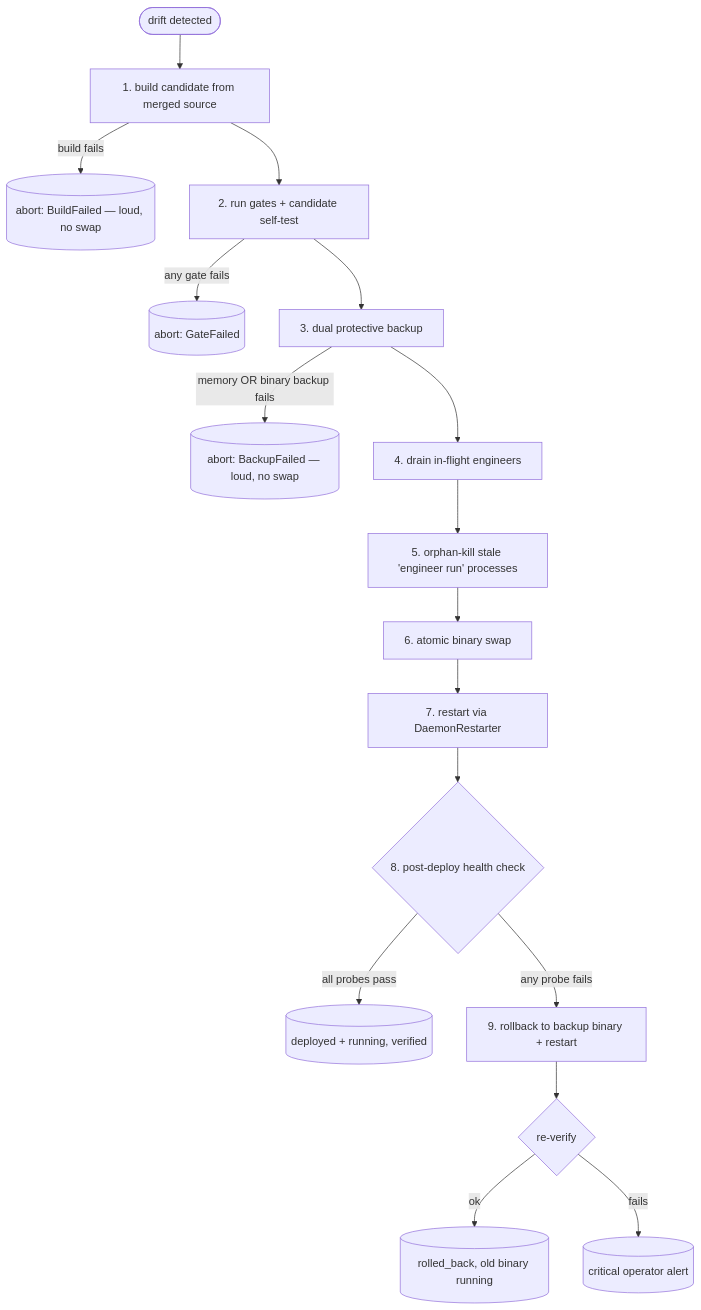
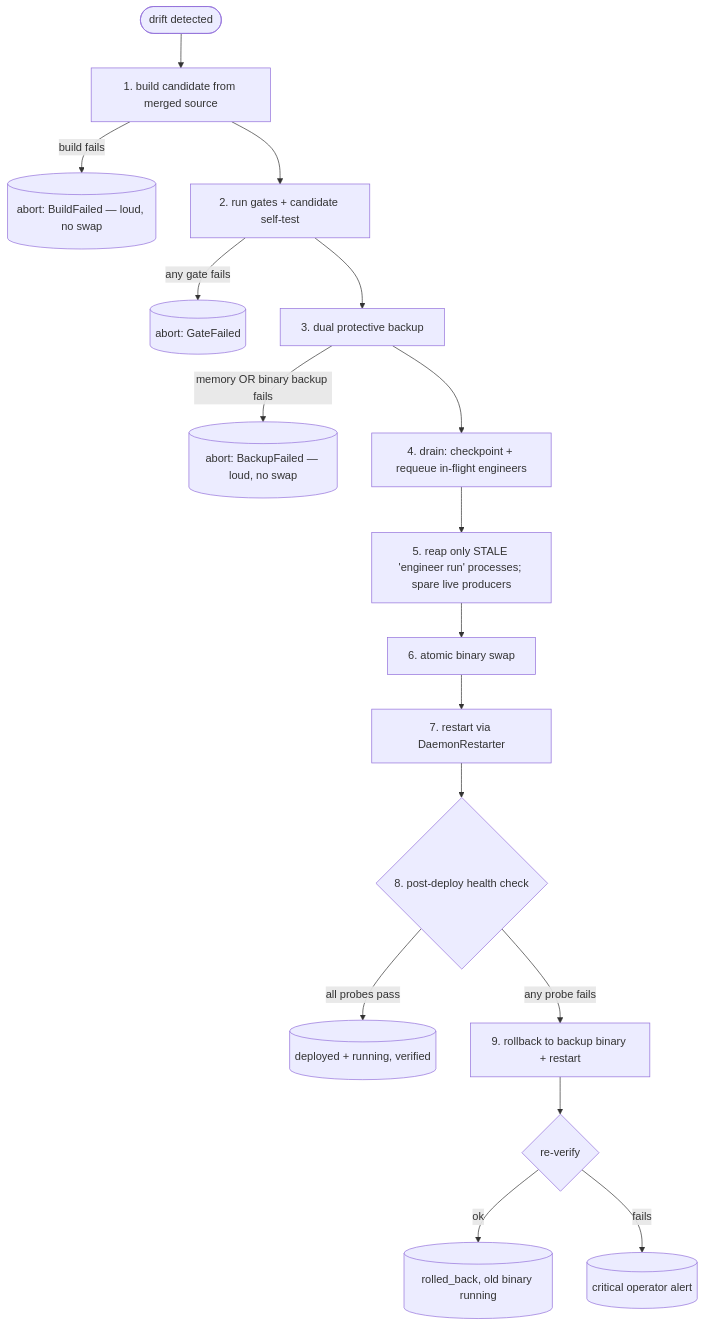
Before and after one commit to rysweet/Simard: the diagram in docs/concepts/reconcile-and-self-deploy.md, drawn with Mermaid. The commit also changed other lines of this file and 10 other files, not shown here.

````diff
--- a/docs/concepts/reconcile-and-self-deploy.md
+++ b/docs/concepts/reconcile-and-self-deploy.md
@@ -106,19 +106,19 @@
 ```mermaid
 flowchart TD
     A([drift detected]) --> B[1. build candidate from merged source]
     B -->|build fails| X1[(abort: BuildFailed — loud, no swap)]
     B --> C[2. run gates + candidate self-test]
     C -->|any gate fails| X2[(abort: GateFailed)]
     C --> D[3. dual protective backup]
     D -->|memory OR binary backup fails| X3[(abort: BackupFailed — loud, no swap)]
-    D --> E[4. drain in-flight engineers]
-    E --> F[5. orphan-kill stale 'engineer run' processes]
+    D --> E[4. drain: checkpoint + requeue in-flight engineers]
+    E --> F[5. reap only STALE 'engineer run' processes; spare live producers]
     F --> G[6. atomic binary swap]
     G --> H[7. restart via DaemonRestarter]
     H --> V{8. post-deploy health check}
     V -->|all probes pass| OK[(deployed + running, verified)]
     V -->|any probe fails| R[9. rollback to backup binary + restart]
     R --> RV{re-verify}
     RV -->|ok| RB[(rolled_back, old binary running)]
     RV -->|fails| CRIT[(critical operator alert)]
 ```
````
